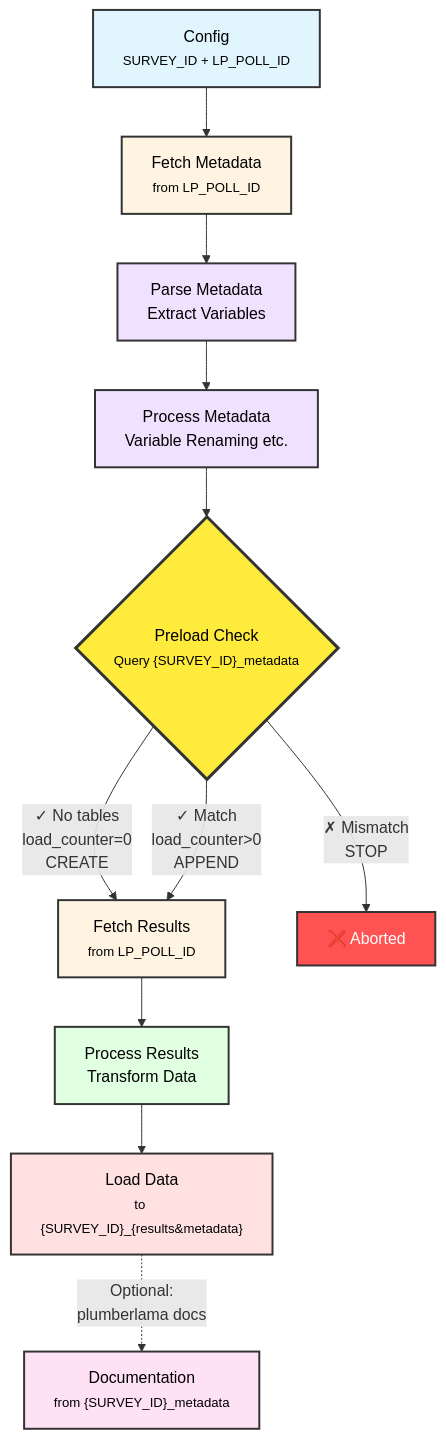
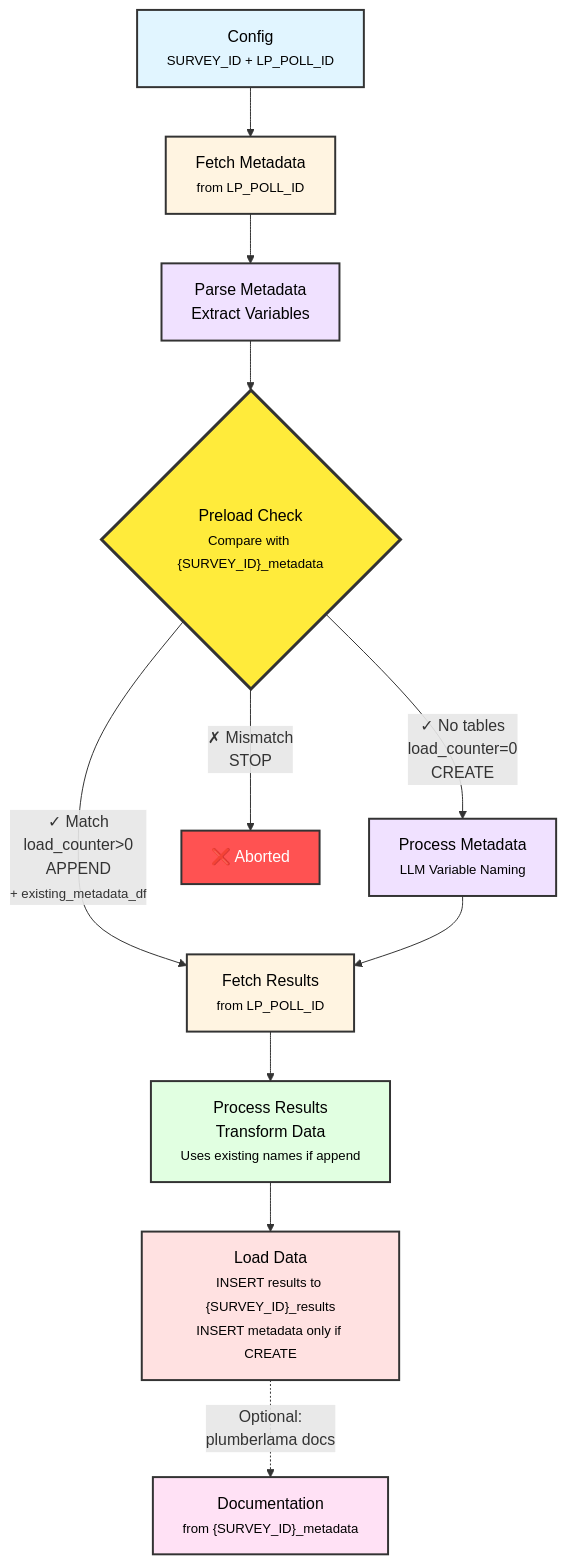
The diagram in README.md (CorrelAid/plumberlama), drawn with Mermaid before and after one commit. The commit also changed other lines of this file and 15 other files, not shown here.

````diff
--- a/README.md
+++ b/README.md
@@ -148,32 +143,33 @@
 ```mermaid
 flowchart TD
     Config["Config<br/><small>SURVEY_ID + LP_POLL_ID</small>"]
 
     Config --> FetchMeta["Fetch Metadata<br/><small>from LP_POLL_ID</small>"]
 
     FetchMeta --> ParseMeta[Parse Metadata<br/>Extract Variables]
-    ParseMeta --> ProcessMeta[Process Metadata<br/>Variable Renaming etc.]
 
-    ProcessMeta --> PreloadCheck{"Preload Check<br/><small>Query {SURVEY_ID}_metadata</small>"}
+    ParseMeta --> PreloadCheck{"Preload Check<br/><small>Compare with {SURVEY_ID}_metadata</small>"}
 
-    PreloadCheck -->|"✓ No tables<br/>load_counter=0<br/>CREATE"| FetchResults["Fetch Results<br/><small>from LP_POLL_ID</small>"]
-    PreloadCheck -->|"✓ Match<br/>load_counter>0<br/>APPEND"| FetchResults
+    PreloadCheck -->|"✓ No tables<br/>load_counter=0<br/>CREATE"| ProcessMeta["Process Metadata<br/><small>LLM Variable Naming</small>"]
+    PreloadCheck -->|"✓ Match<br/>load_counter>0<br/>APPEND<br/><small>+ existing_metadata_df</small>"| FetchResults["Fetch Results<br/><small>from LP_POLL_ID</small>"]
     PreloadCheck -->|"✗ Mismatch<br/>STOP"| Stop["❌ Aborted<br/>"]
 
-    FetchResults --> ProcessResults[Process Results<br/>Transform Data]
+    ProcessMeta --> FetchResults
 
-    ProcessResults --> LoadData["Load Data<br/><small>to {SURVEY_ID}_{results&metadata}</small>"]
+    FetchResults --> ProcessResults["Process Results<br/>Transform Data<br/><small>Uses existing names if append</small>"]
+
+    ProcessResults --> LoadData["Load Data<br/><small>INSERT results to {SURVEY_ID}_results<br/>INSERT metadata only if CREATE</small>"]
 
     LoadData -.->|Optional:<br/>plumberlama docs| Document["Documentation<br/><small>from {SURVEY_ID}_metadata</small>"]
 
     style Config fill:#e1f5ff,stroke:#333,stroke-width:2px,color:#000
     style FetchMeta fill:#fff4e1,stroke:#333,stroke-width:2px,color:#000
     style FetchResults fill:#fff4e1,stroke:#333,stroke-width:2px,color:#000
     style ParseMeta fill:#f0e1ff,stroke:#333,stroke-width:2px,color:#000
     style ProcessMeta fill:#f0e1ff,stroke:#333,stroke-width:2px,color:#000
     style PreloadCheck fill:#ffeb3b,stroke:#333,stroke-width:3px,color:#000
     style ProcessResults fill:#e1ffe1,stroke:#333,stroke-width:2px,color:#000
     style LoadData fill:#ffe1e1,stroke:#333,stroke-width:2px,color:#000
     style Document fill:#ffe1f5,stroke:#333,stroke-width:2px,color:#000
     style Stop fill:#ff5252,stroke:#333,stroke-width:2px,color:#fff
 ```
````
